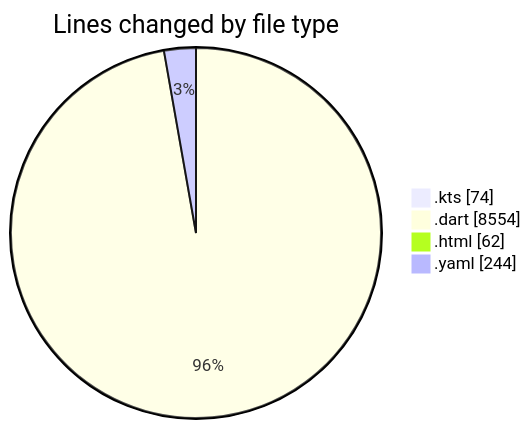
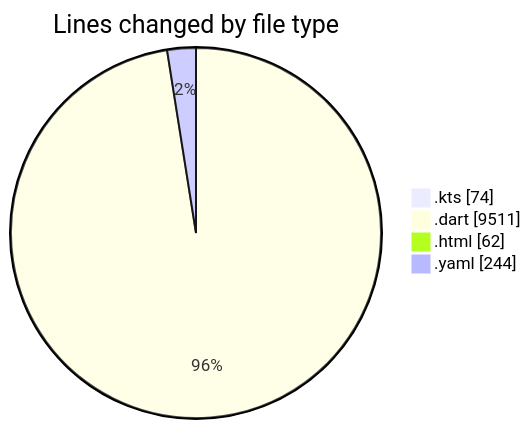
One commit to lephambinh05/code-tracking changed the first of 2 diagrams in 2025-08-03/studybuddy/README.md. Above: the diagram before and after it, drawn with Mermaid. The commit also changed other lines of this file and 1 other file, not shown here.

````diff
--- a/2025-08-03/studybuddy/README.md
+++ b/2025-08-03/studybuddy/README.md
@@ -53,8 +54,8 @@
 ```mermaid
 pie showData
 title Lines changed by file type
 ".kts" : 74
-".dart" : 8554
+".dart" : 9511
 ".html" : 62
 ".yaml" : 244
 ```
````
